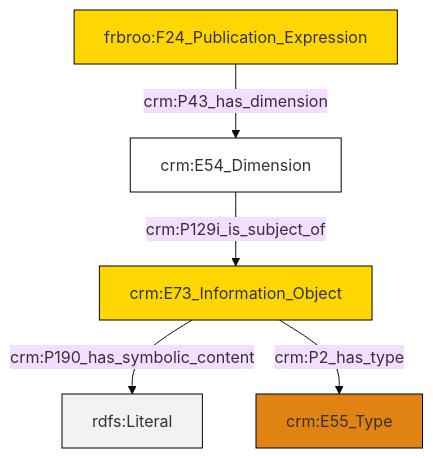
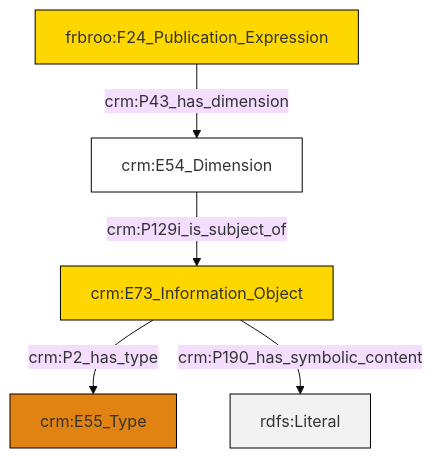
Before and after one commit to swiss-art-research-net/reference-data-models: the diagram in et/biblioCSV/ttl/mmd/biblio_substance.ttl.mmd, drawn with Mermaid (base theme). The commit also changed 128 other files, not shown here.

```diff
--- a/et/biblioCSV/ttl/mmd/biblio_substance.ttl.mmd
+++ b/et/biblioCSV/ttl/mmd/biblio_substance.ttl.mmd
@@ -1,19 +1,19 @@
 graph TD
 classDef Literal fill:#f2f2f2,stroke:#000000;
 classDef CRM_Entity fill:#FFFFFF,stroke:#000000;
 classDef Temporal_Entity fill:#00C9E6, stroke:#000000;
 classDef Type fill:#E18312, stroke:#000000;
 classDef Time-Span fill:#2C9C91, stroke:#000000;
 classDef Appellation fill:#FFEB7F, stroke:#000000;
 classDef Place fill:#008836, stroke:#000000;
 classDef Persistent_Item fill:#B266B2, stroke:#000000;
 classDef Conceptual_Object fill:#FFD700, stroke:#000000;
 classDef Physical_Thing fill:#D2B48C, stroke:#000000;
 classDef Actor fill:#f58aad, stroke:#000000;
 classDef PC_Classes fill:#4ce600, stroke:#000000;
 classDef Multi fill:#cccccc,stroke:#000000;
 
-2["crm:E73_Information_Object"]:::Conceptual_Object -->|crm:P190_has_symbolic_content| 4[rdfs:Literal]:::Literal
-0["frbroo:F24_Publication_Expression"]:::Conceptual_Object -->|crm:P43_has_dimension| 5["crm:E54_Dimension"]:::CRM_Entity
-2["crm:E73_Information_Object"]:::Conceptual_Object -->|crm:P2_has_type| 7["crm:E55_Type"]:::Type
-5["crm:E54_Dimension"]:::CRM_Entity -->|crm:P129i_is_subject_of| 2["crm:E73_Information_Object"]:::Conceptual_Object
+0["crm:E73_Information_Object"]:::Conceptual_Object -->|crm:P2_has_type| 1["crm:E55_Type"]:::Type
+3["frbroo:F24_Publication_Expression"]:::Conceptual_Object -->|crm:P43_has_dimension| 5["crm:E54_Dimension"]:::CRM_Entity
+0["crm:E73_Information_Object"]:::Conceptual_Object -->|crm:P190_has_symbolic_content| 6[rdfs:Literal]:::Literal
+5["crm:E54_Dimension"]:::CRM_Entity -->|crm:P129i_is_subject_of| 0["crm:E73_Information_Object"]:::Conceptual_Object
```
